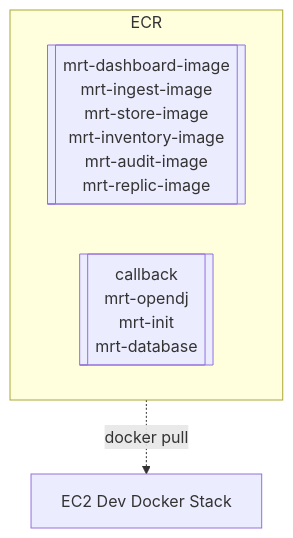
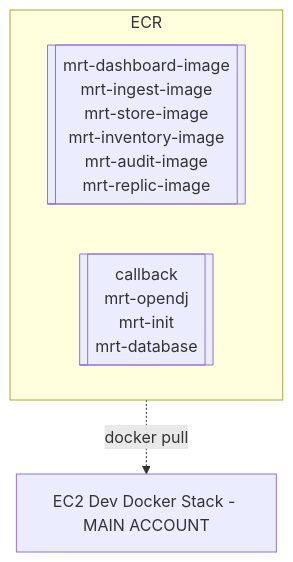
One commit to CDLUC3/mrt-doc changed the eighth of 11 diagrams in design/aws-build/README.md. Above: the diagram before and after it, drawn with Mermaid. The commit also changed other lines of this file, not shown here.

````diff
--- a/design/aws-build/README.md
+++ b/design/aws-build/README.md
@@ -200,22 +210,22 @@
 ```mermaid
 graph TD
   ECR -.-> |docker pull| EC2_Dev
-  EC2_Dev[EC2 Dev Docker Stack]
+  EC2_Dev[EC2 Dev Docker Stack - MAIN ACCOUNT]
   subgraph ECR
     MerrittServiceImages[["`
       mrt-dashboard-image
       mrt-ingest-image
       mrt-store-image
       mrt-inventory-image
       mrt-audit-image
       mrt-replic-image
     `"]]
 
     DockerStackSupportImages[["`
       callback
       mrt-opendj
       mrt-init
       mrt-database
     `"]]
   end
 ```
````
